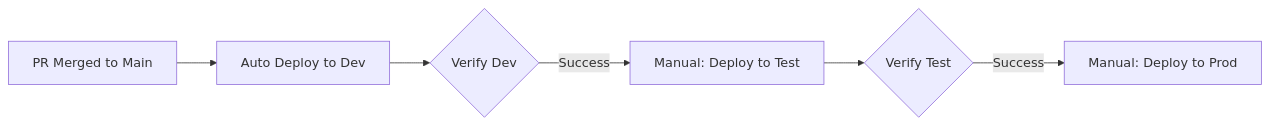
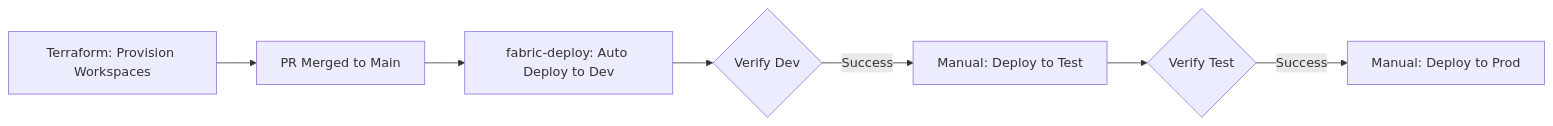
One commit to dc-floriangaerner/dc-fabric-cicd changed the first of 3 diagrams in wiki/Deployment-Workflow.md. Above: the diagram before and after it, drawn with Mermaid. The commit also changed other lines of this file and 28 other files, not shown here.

First line of the commit message:
refactor: split Terraform infra from fabric-cicd item deployment

````diff
--- a/wiki/Deployment-Workflow.md
+++ b/wiki/Deployment-Workflow.md
@@ -13,8 +20,9 @@
 ```mermaid
 graph LR
-    A[PR Merged to Main] --> B[Auto Deploy to Dev]
-    B --> C{Verify Dev}
-    C -->|Success| D[Manual: Deploy to Test]
-    D --> E{Verify Test}
-    E -->|Success| F[Manual: Deploy to Prod]
+    A[Terraform: Provision Workspaces] --> B[PR Merged to Main]
+    B --> C[fabric-deploy: Auto Deploy to Dev]
+    C --> D{Verify Dev}
+    D -->|Success| E[Manual: Deploy to Test]
+    E --> F{Verify Test}
+    F -->|Success| G[Manual: Deploy to Prod]
 ```
````
